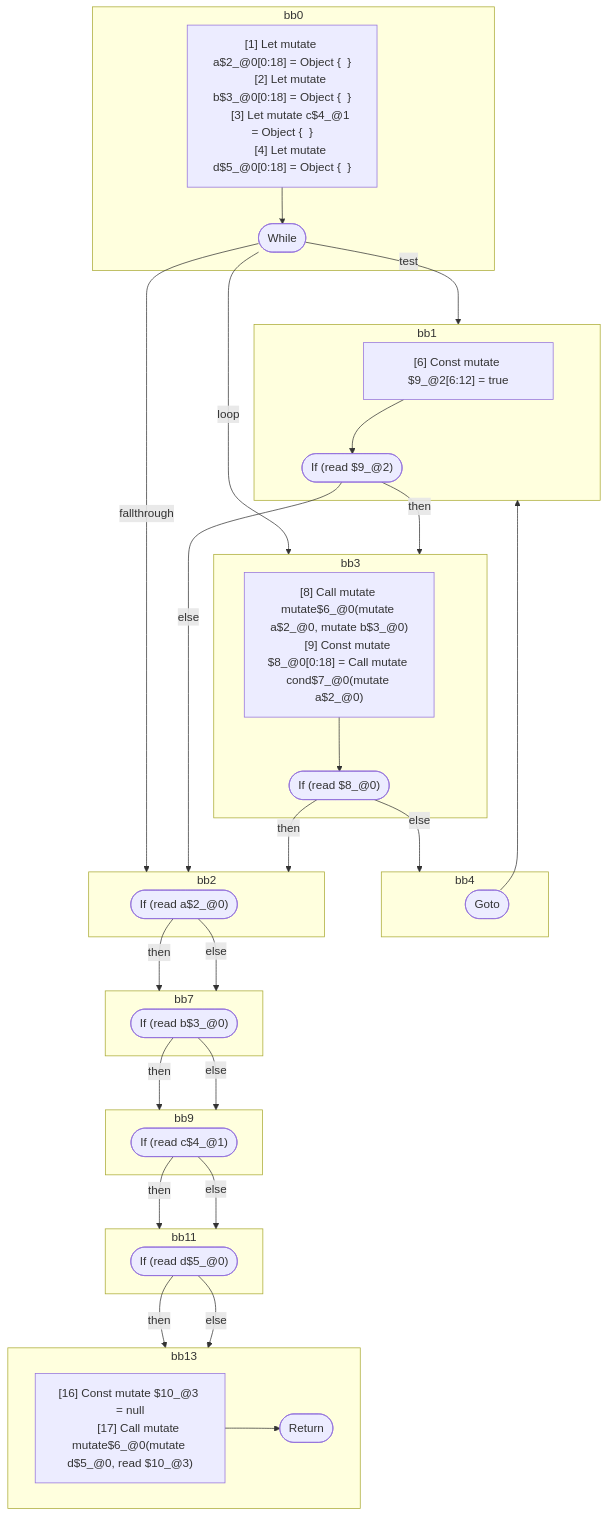
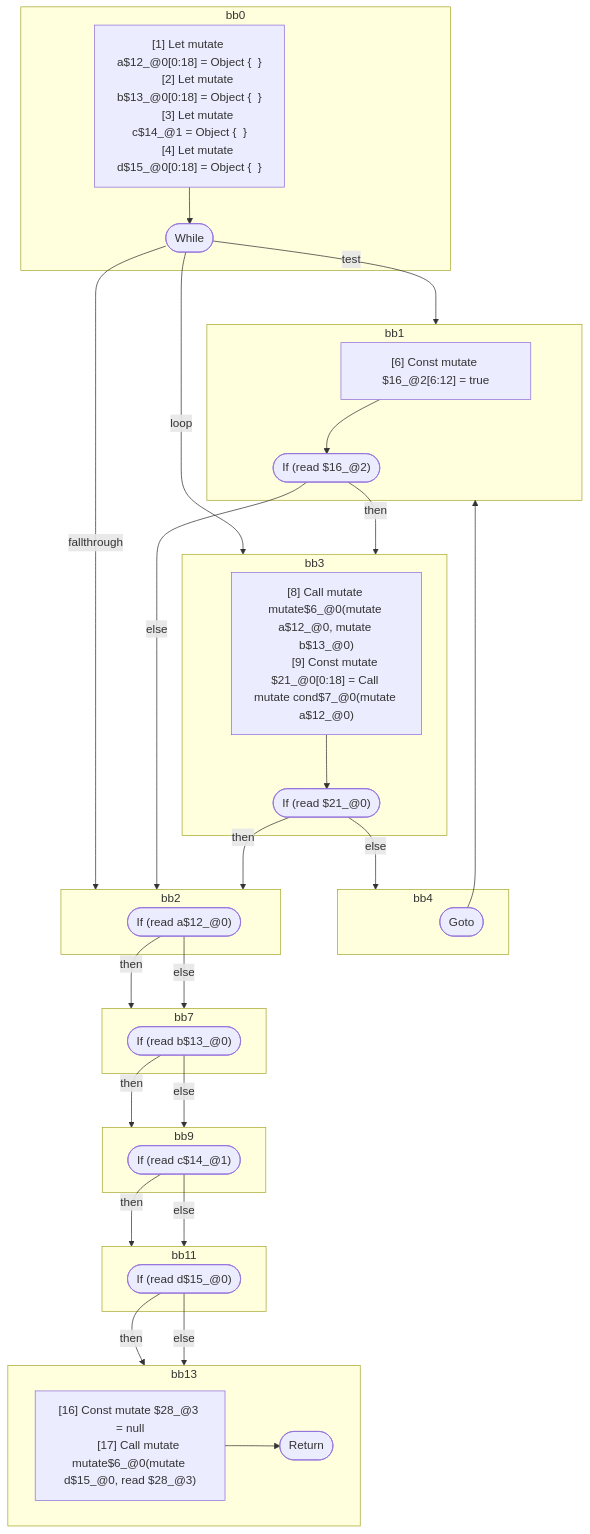
The third of 3 diagrams in compiler/forget/src/__tests__/fixtures/hir/mutable-liverange-loop.expect.md (wutsmog/private), drawn with Mermaid before and after one commit. The commit also changed other lines of this file and 59 other files, not shown here.

````diff
--- a/compiler/forget/src/__tests__/fixtures/hir/mutable-liverange-loop.expect.md
+++ b/compiler/forget/src/__tests__/fixtures/hir/mutable-liverange-loop.expect.md
@@ -131,67 +131,67 @@
 ```mermaid
 flowchart TB
   %% Basic Blocks
   subgraph bb0
     bb0_instrs["
-      [1] Let mutate a$2_@0[0:18] = Object {  }
-      [2] Let mutate b$3_@0[0:18] = Object {  }
-      [3] Let mutate c$4_@1 = Object {  }
-      [4] Let mutate d$5_@0[0:18] = Object {  }
+      [1] Let mutate a$12_@0[0:18] = Object {  }
+      [2] Let mutate b$13_@0[0:18] = Object {  }
+      [3] Let mutate c$14_@1 = Object {  }
+      [4] Let mutate d$15_@0[0:18] = Object {  }
     "]
     bb0_instrs --> bb0_terminal(["While"])
   end
   subgraph bb1
     bb1_instrs["
-      [6] Const mutate $9_@2[6:12] = true
+      [6] Const mutate $16_@2[6:12] = true
     "]
-    bb1_instrs --> bb1_terminal(["If (read $9_@2)"])
+    bb1_instrs --> bb1_terminal(["If (read $16_@2)"])
   end
   subgraph bb3
     bb3_instrs["
-      [8] Call mutate mutate$6_@0(mutate a$2_@0, mutate b$3_@0)
-      [9] Const mutate $8_@0[0:18] = Call mutate cond$7_@0(mutate a$2_@0)
+      [8] Call mutate mutate$6_@0(mutate a$12_@0, mutate b$13_@0)
+      [9] Const mutate $21_@0[0:18] = Call mutate cond$7_@0(mutate a$12_@0)
     "]
-    bb3_instrs --> bb3_terminal(["If (read $8_@0)"])
+    bb3_instrs --> bb3_terminal(["If (read $21_@0)"])
   end
   subgraph bb4
     bb4_terminal(["Goto"])
   end
   subgraph bb2
-    bb2_terminal(["If (read a$2_@0)"])
+    bb2_terminal(["If (read a$12_@0)"])
   end
   subgraph bb7
-    bb7_terminal(["If (read b$3_@0)"])
+    bb7_terminal(["If (read b$13_@0)"])
   end
   subgraph bb9
-    bb9_terminal(["If (read c$4_@1)"])
+    bb9_terminal(["If (read c$14_@1)"])
   end
   subgraph bb11
-    bb11_terminal(["If (read d$5_@0)"])
+    bb11_terminal(["If (read d$15_@0)"])
   end
   subgraph bb13
     bb13_instrs["
-      [16] Const mutate $10_@3 = null
-      [17] Call mutate mutate$6_@0(mutate d$5_@0, read $10_@3)
+      [16] Const mutate $28_@3 = null
+      [17] Call mutate mutate$6_@0(mutate d$15_@0, read $28_@3)
     "]
     bb13_instrs --> bb13_terminal(["Return"])
   end
 
   %% Jumps
   bb0_terminal -- "test" --> bb1
   bb0_terminal -- "loop" --> bb3
   bb0_terminal -- "fallthrough" --> bb2
   bb1_terminal -- "then" --> bb3
   bb1_terminal -- "else" --> bb2
   bb3_terminal -- "then" --> bb2
   bb3_terminal -- "else" --> bb4
   bb4_terminal --> bb1
   bb2_terminal -- "then" --> bb7
   bb2_terminal -- "else" --> bb7
   bb7_terminal -- "then" --> bb9
   bb7_terminal -- "else" --> bb9
   bb9_terminal -- "then" --> bb11
   bb9_terminal -- "else" --> bb11
   bb11_terminal -- "then" --> bb13
   bb11_terminal -- "else" --> bb13
 
 ```
````
